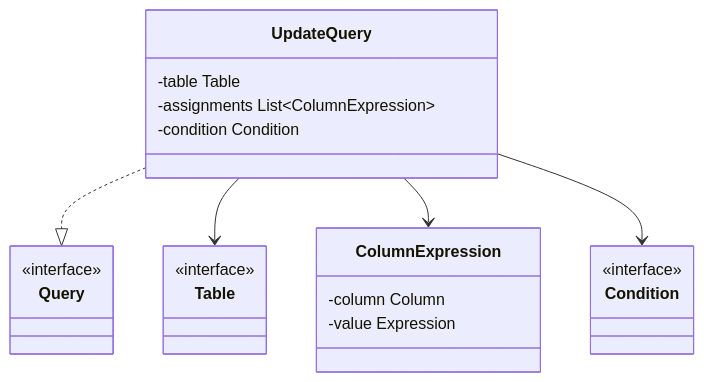
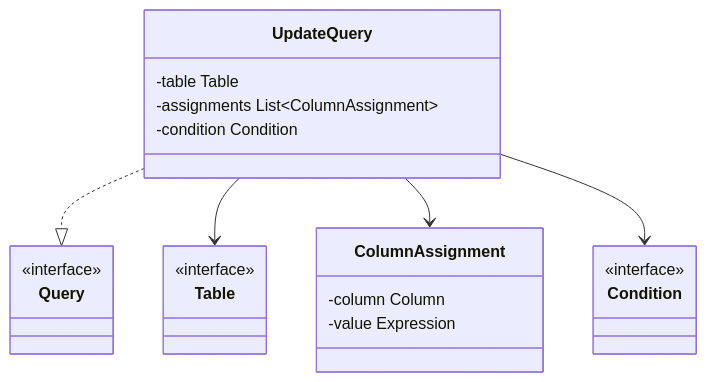
Diagram 11 of 13 in docs/domain.md (safarislava/querybricks), drawn with Mermaid before and after one commit. The commit also changed other lines of this file and 3 other files, not shown here.

````diff
--- a/docs/domain.md
+++ b/docs/domain.md
@@ -414,29 +415,29 @@
 ```mermaid
 classDiagram
     class Table {
         <<interface>>
     }
 
     class Query {
         <<interface>>
     }
 
     class Condition {
         <<interface>>
     }
 
-    class ColumnExpression {
+    class ColumnAssignment {
         -column Column
         -value Expression
     }
 
     class UpdateQuery {
         -table Table
-        -assignments List~ColumnExpression~
+        -assignments List~ColumnAssignment~
         -condition Condition
     }
     UpdateQuery ..|> Query
     UpdateQuery --> Table
-    UpdateQuery --> ColumnExpression
+    UpdateQuery --> ColumnAssignment
     UpdateQuery --> Condition
 ```
````
